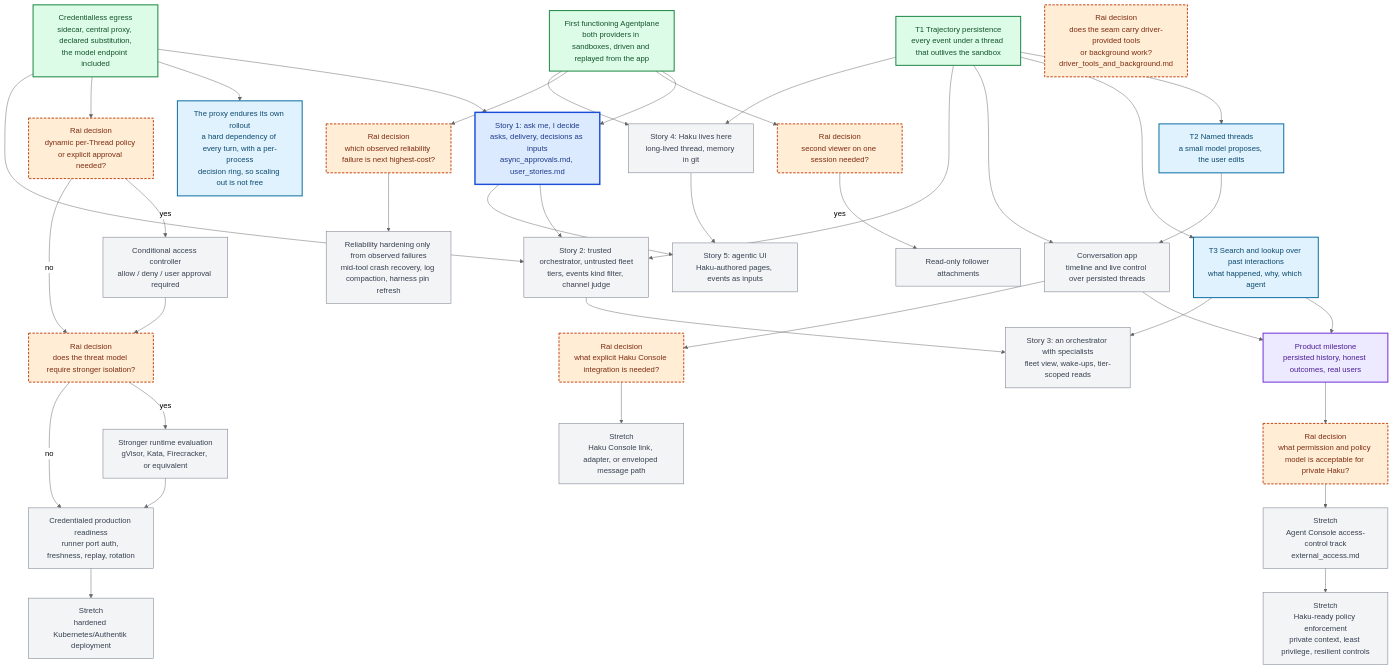
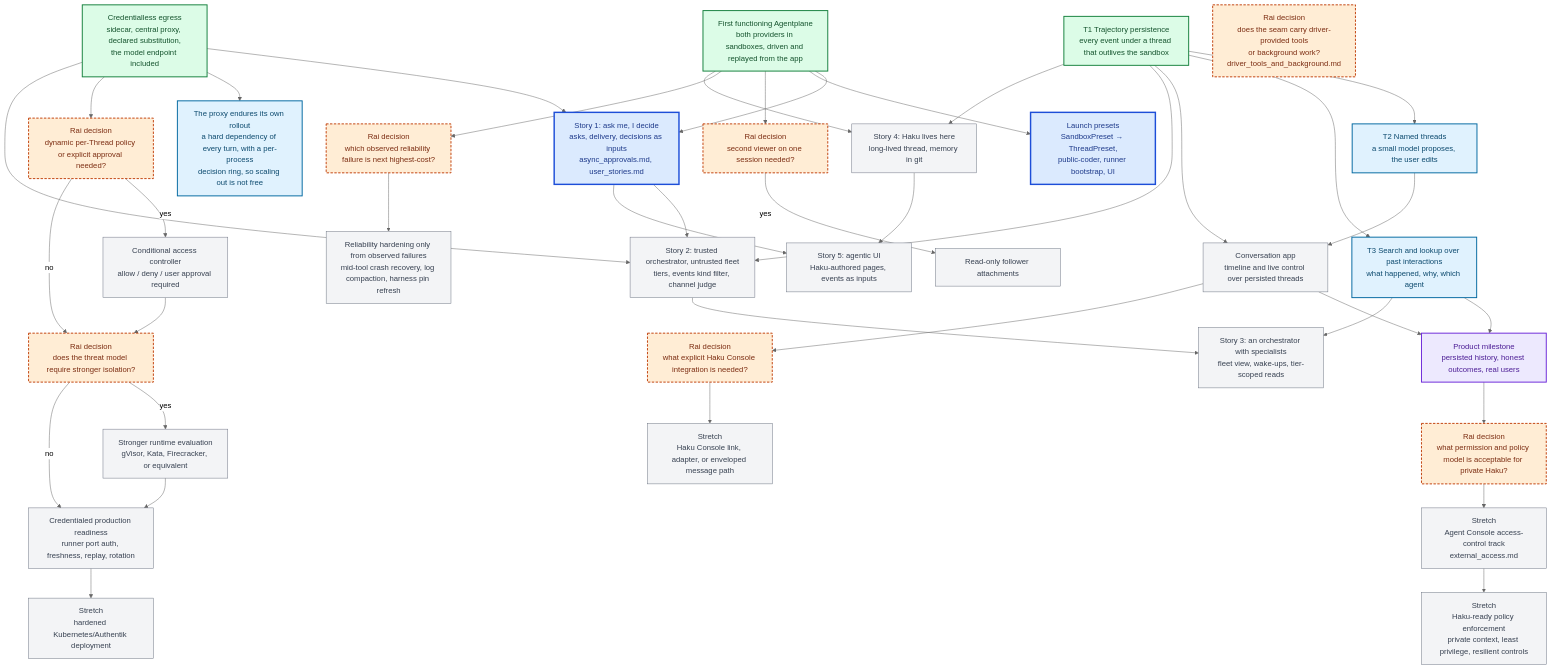
The diagram in x/agentplane/plans/task_dag.md (agentydragon-agent/ducktape), drawn with Mermaid (neutral theme) before and after one commit. The commit also changed other lines of this file and 3 other files, not shown here.

Commit message:
agentplane: plan app-owned sandbox and thread presets

```diff
--- a/x/agentplane/plans/task_dag.md
+++ b/x/agentplane/plans/task_dag.md
@@ -67,6 +74,7 @@
     T1["T1 Trajectory persistence<br/>every event under a thread that outlives the sandbox"]:::completed
 
     Y["Story 1: ask me, I decide<br/>asks, delivery, decisions as inputs<br/>async_approvals.md, user_stories.md"]:::ready
+    LP["Launch presets<br/>SandboxPreset → ThreadPreset,<br/>public-coder, runner bootstrap, UI"]:::ready
     T2["T2 Named threads<br/>a small model proposes, the user edits"]:::next
     T3["T3 Search and lookup over past interactions<br/>what happened, why, which agent"]:::next
     PR["The proxy endures its own rollout<br/>a hard dependency of every turn, with a per-process<br/>decision ring, so scaling out is not free"]:::next
@@ -100,6 +108,7 @@
     W["Stretch<br/>hardened Kubernetes/Authentik deployment"]:::future
 
     F0 --> Y
+    F0 --> LP
     J --> Y
     J --> PR
     T1 --> T2
```
